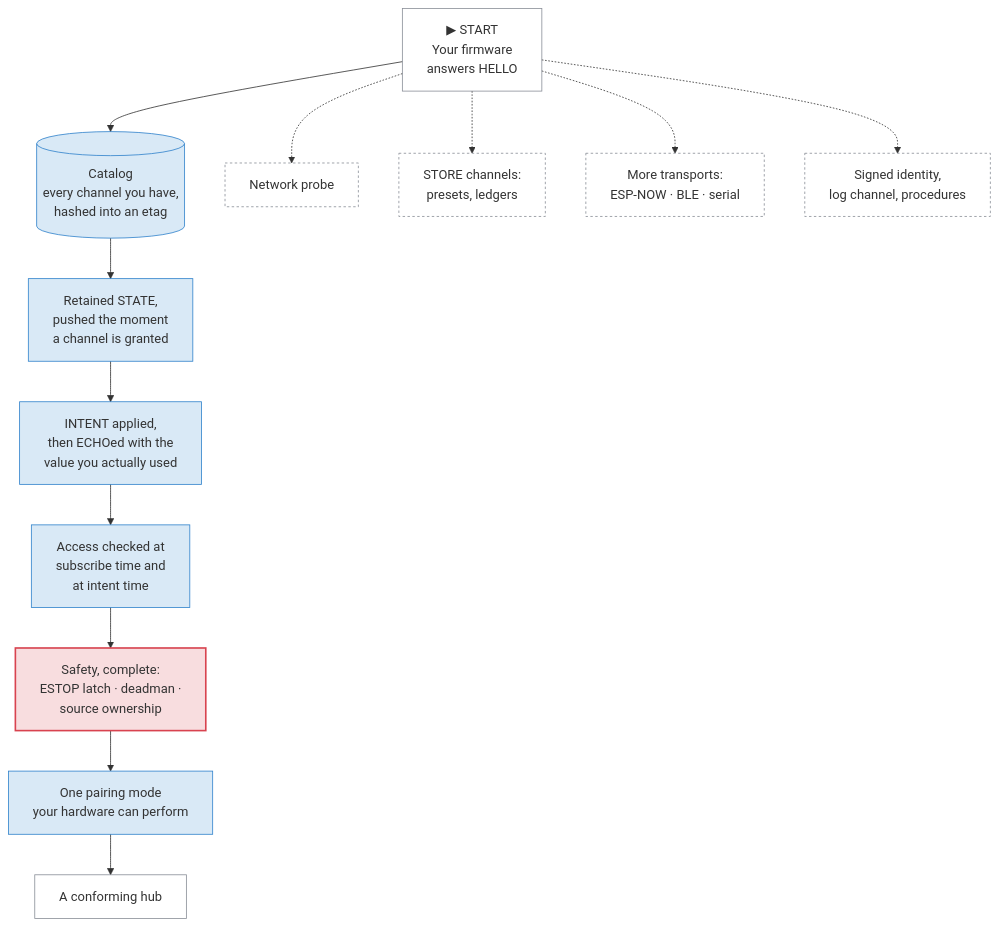
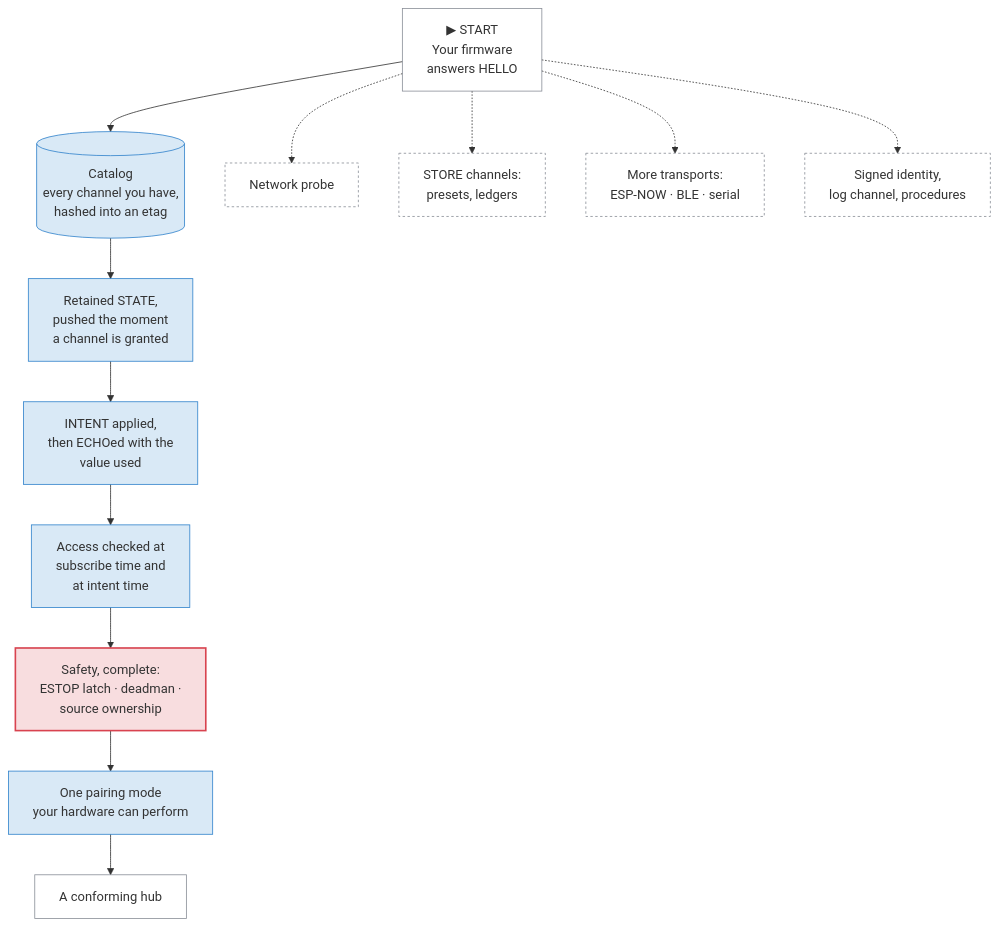
One commit to openvalence/Valence changed the diagram in docs-site/docs/understand/capabilities.md. Above: the diagram before and after it, drawn with Mermaid. The commit also changed other lines of this file and 66 other files, not shown here.

````diff
--- a/docs-site/docs/understand/capabilities.md
+++ b/docs-site/docs/understand/capabilities.md
@@ -43,21 +37,21 @@
 ```mermaid
 flowchart TD
     H["▶ START<br/>Your firmware<br/>answers HELLO"]:::party
     H --> C[("Catalog<br/>every channel you have,<br/>hashed into an etag")]:::truth
     C --> S["Retained STATE,<br/>pushed the moment<br/>a channel is granted"]:::truth
-    S --> I["INTENT applied,<br/>then ECHOed with the<br/>value you actually used"]:::truth
+    S --> I["INTENT applied,<br/>then ECHOed with the<br/>value used"]:::truth
     I --> A["Access checked at<br/>subscribe time and<br/>at intent time"]:::truth
     A --> SAFE["Safety, complete:<br/>ESTOP latch · deadman ·<br/>source ownership"]:::safety
     SAFE --> P["One pairing mode<br/>your hardware can perform"]:::truth
     P --> OK["A conforming hub"]:::party
 
     H -.-> X1["Network probe"]:::plumb
     H -.-> X2["STORE channels:<br/>presets, ledgers"]:::plumb
     H -.-> X3["More transports:<br/>ESP-NOW · BLE · serial"]:::plumb
     H -.-> X4["Signed identity,<br/>log channel, procedures"]:::plumb
 
     classDef truth fill:#3183cc2e,stroke:#3183cc
     classDef safety fill:#d8434f2e,stroke:#d8434f,stroke-width:2px
     classDef party fill:none,stroke:#8a8f98
     classDef plumb fill:none,stroke:#8a8f98,stroke-dasharray:3 3
 ```
````
